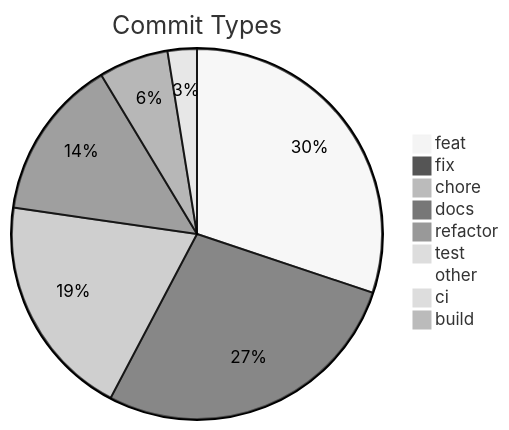
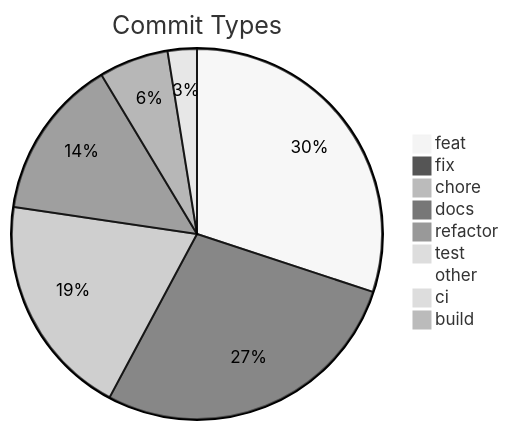
One commit to svenroth-ai/shipwright changed the diagram in .shipwright/compliance/change-history.md. Above: the diagram before and after it, drawn with Mermaid (neutral theme). The commit also changed other lines of this file and 7 other files, not shown here.

````diff
--- a/.shipwright/compliance/change-history.md
+++ b/.shipwright/compliance/change-history.md
@@ -8,12 +8,12 @@
 ```mermaid
 pie title Commit Types
     "feat" : 248
-    "fix" : 227
+    "fix" : 229
     "chore" : 161
     "docs" : 116
     "refactor" : 50
     "test" : 21
     "other" : 7
     "ci" : 6
     "build" : 1
 ```
````
